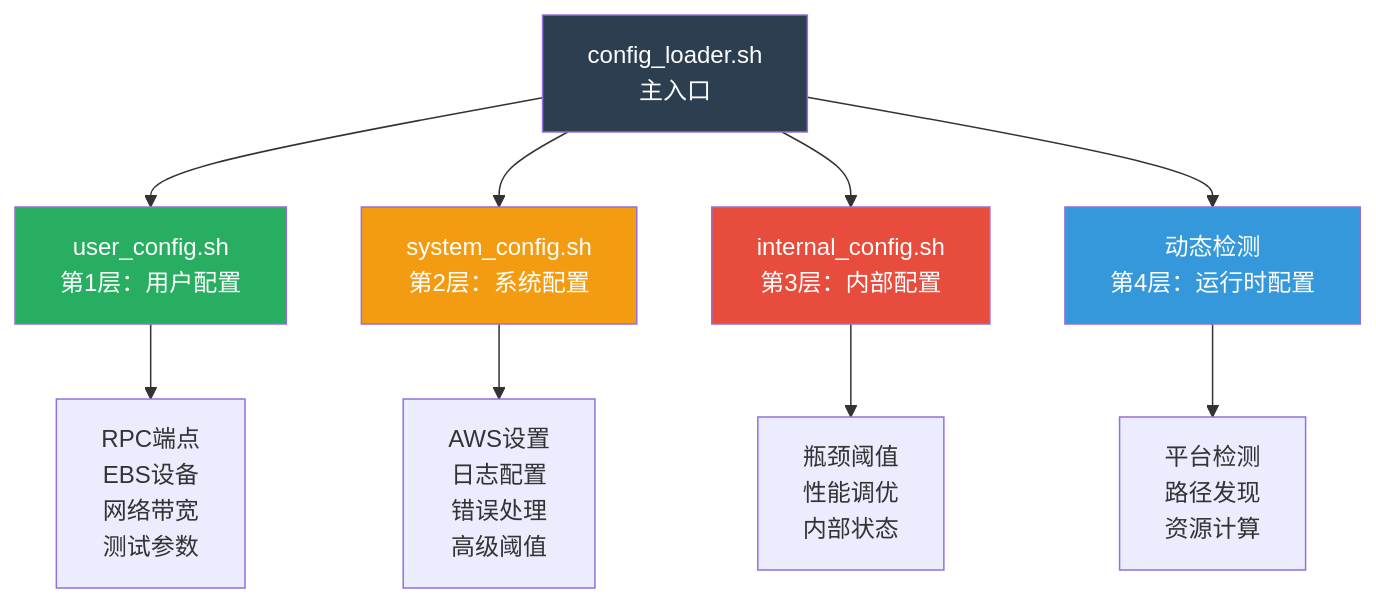
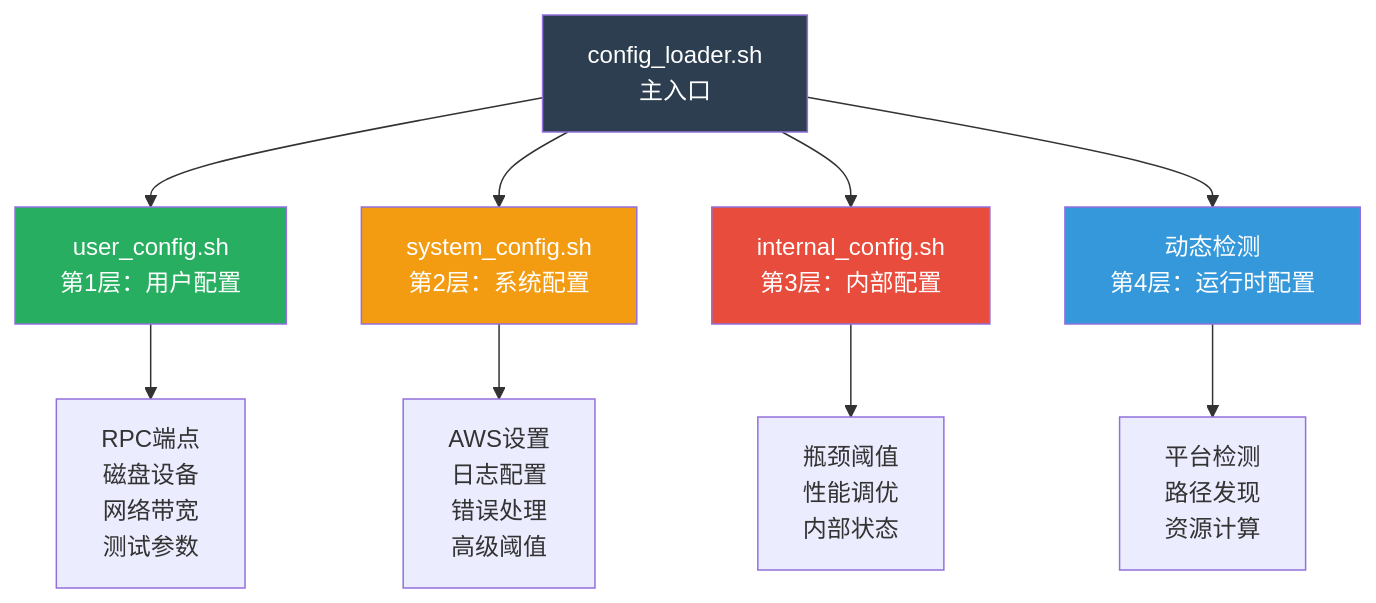
Before and after one commit to StayHungryStayFoolish/blockchain-node-benchmark: the diagram in docs/configuration-guide-zh.md, drawn with Mermaid. The commit also changed other lines of this file and 77 other files, not shown here.

````diff
--- a/docs/configuration-guide-zh.md
+++ b/docs/configuration-guide-zh.md
@@ -9,18 +9,18 @@
 ```mermaid
 graph TD
     A[config_loader.sh<br/>主入口] --> B[user_config.sh<br/>第1层：用户配置]
     A --> C[system_config.sh<br/>第2层：系统配置]
     A --> D[internal_config.sh<br/>第3层：内部配置]
     A --> E[动态检测<br/>第4层：运行时配置]
     
-    B --> F[RPC端点<br/>EBS设备<br/>网络带宽<br/>测试参数]
+    B --> F[RPC端点<br/>磁盘设备<br/>网络带宽<br/>测试参数]
     C --> G[AWS设置<br/>日志配置<br/>错误处理<br/>高级阈值]
     D --> H[瓶颈阈值<br/>性能调优<br/>内部状态]
     E --> I[平台检测<br/>路径发现<br/>资源计算]
     
     style A fill:#2C3E50,color:#fff
     style B fill:#27AE60,color:#fff
     style C fill:#F39C12,color:#fff
     style D fill:#E74C3C,color:#fff
     style E fill:#3498DB,color:#fff
 ```
````
